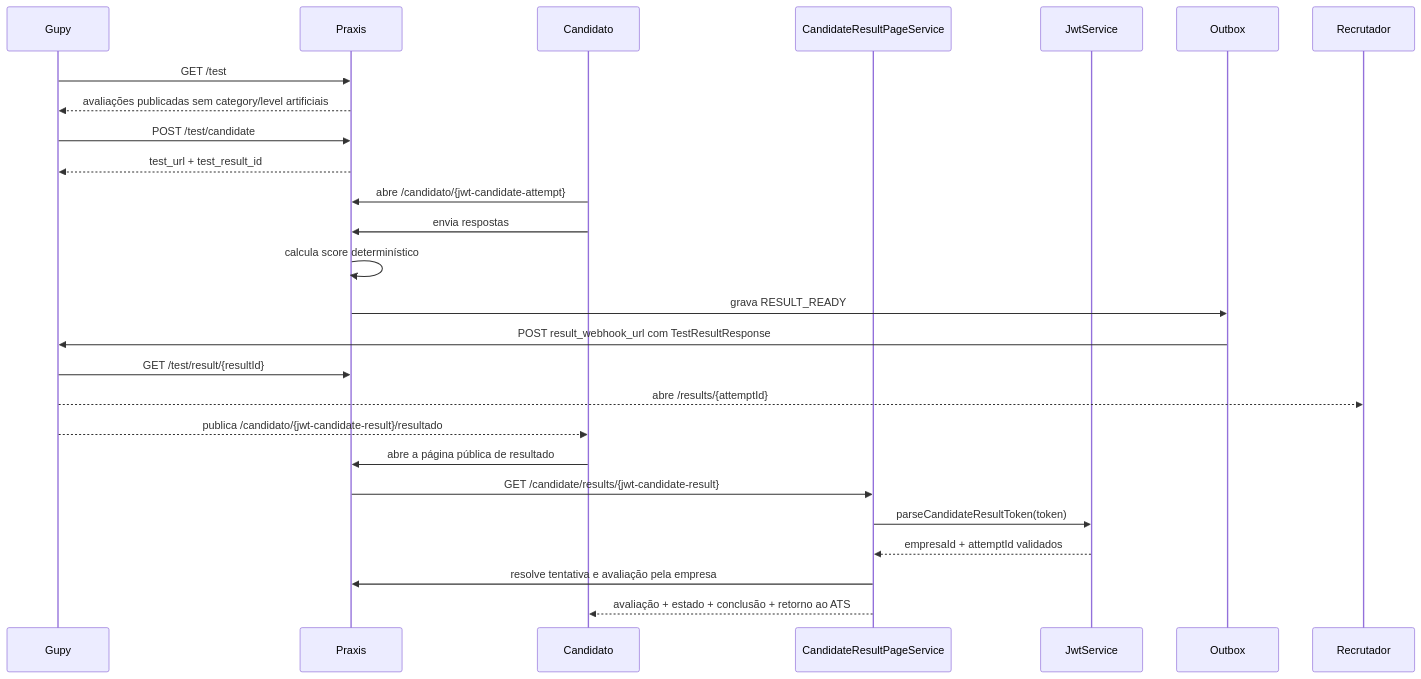
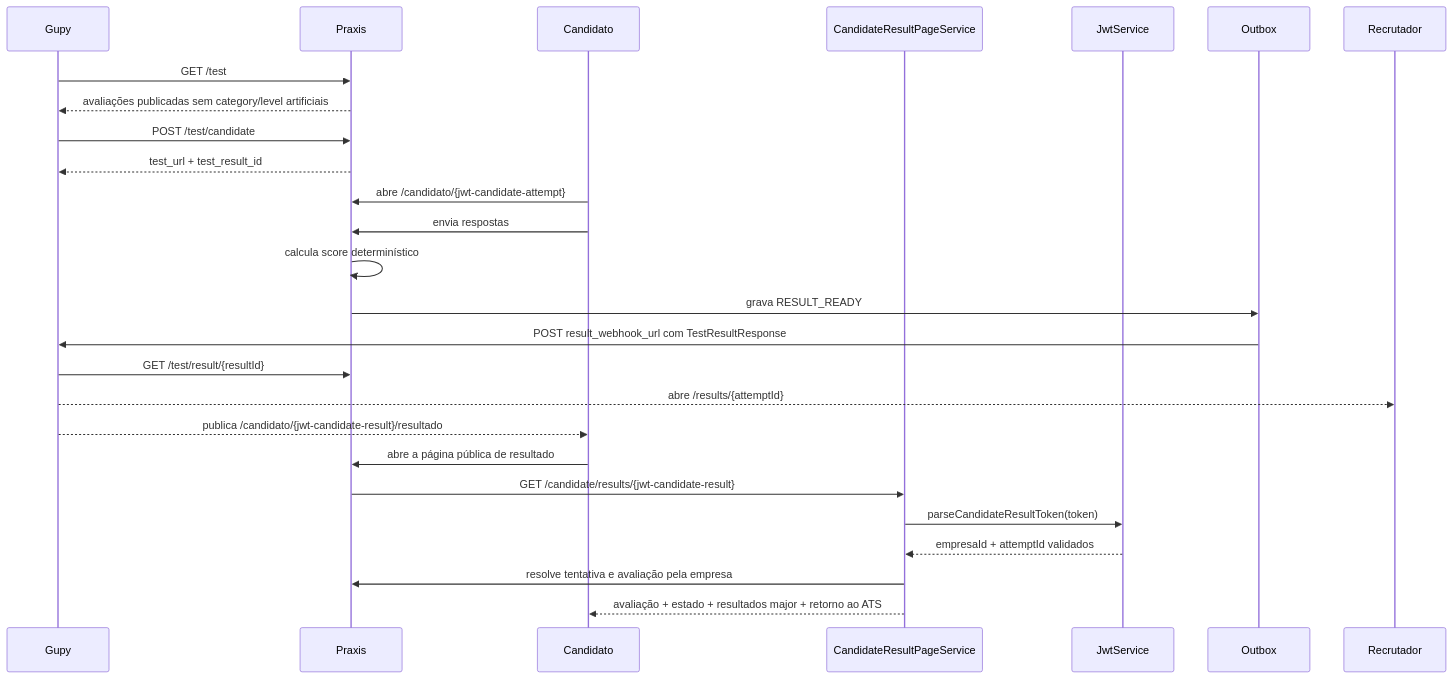
Before and after one commit to diogo2806/praxis: the first of 2 diagrams in docs/INTEGRACAO-GUPY-PROVEDOR.md, drawn with Mermaid. The commit also changed other lines of this file, not shown here.

````diff
--- a/docs/INTEGRACAO-GUPY-PROVEDOR.md
+++ b/docs/INTEGRACAO-GUPY-PROVEDOR.md
@@ -241,28 +244,28 @@
 ```mermaid
 sequenceDiagram
   participant Gupy
   participant Praxis
   participant Candidato
   participant Resultado as CandidateResultPageService
   participant JWT as JwtService
   participant Outbox
 
   Gupy->>Praxis: GET /test
   Praxis-->>Gupy: avaliações publicadas sem category/level artificiais
   Gupy->>Praxis: POST /test/candidate
   Praxis-->>Gupy: test_url + test_result_id
   Candidato->>Praxis: abre /candidato/{jwt-candidate-attempt}
   Candidato->>Praxis: envia respostas
   Praxis->>Praxis: calcula score determinístico
   Praxis->>Outbox: grava RESULT_READY
   Outbox->>Gupy: POST result_webhook_url com TestResultResponse
   Gupy->>Praxis: GET /test/result/{resultId}
   Gupy-->>Recrutador: abre /results/{attemptId}
   Gupy-->>Candidato: publica /candidato/{jwt-candidate-result}/resultado
   Candidato->>Praxis: abre a página pública de resultado
   Praxis->>Resultado: GET /candidate/results/{jwt-candidate-result}
   Resultado->>JWT: parseCandidateResultToken(token)
   JWT-->>Resultado: empresaId + attemptId validados
   Resultado->>Praxis: resolve tentativa e avaliação pela empresa
-  Resultado-->>Candidato: avaliação + estado + conclusão + retorno ao ATS
+  Resultado-->>Candidato: avaliação + estado + resultados major + retorno ao ATS
 ```
````
